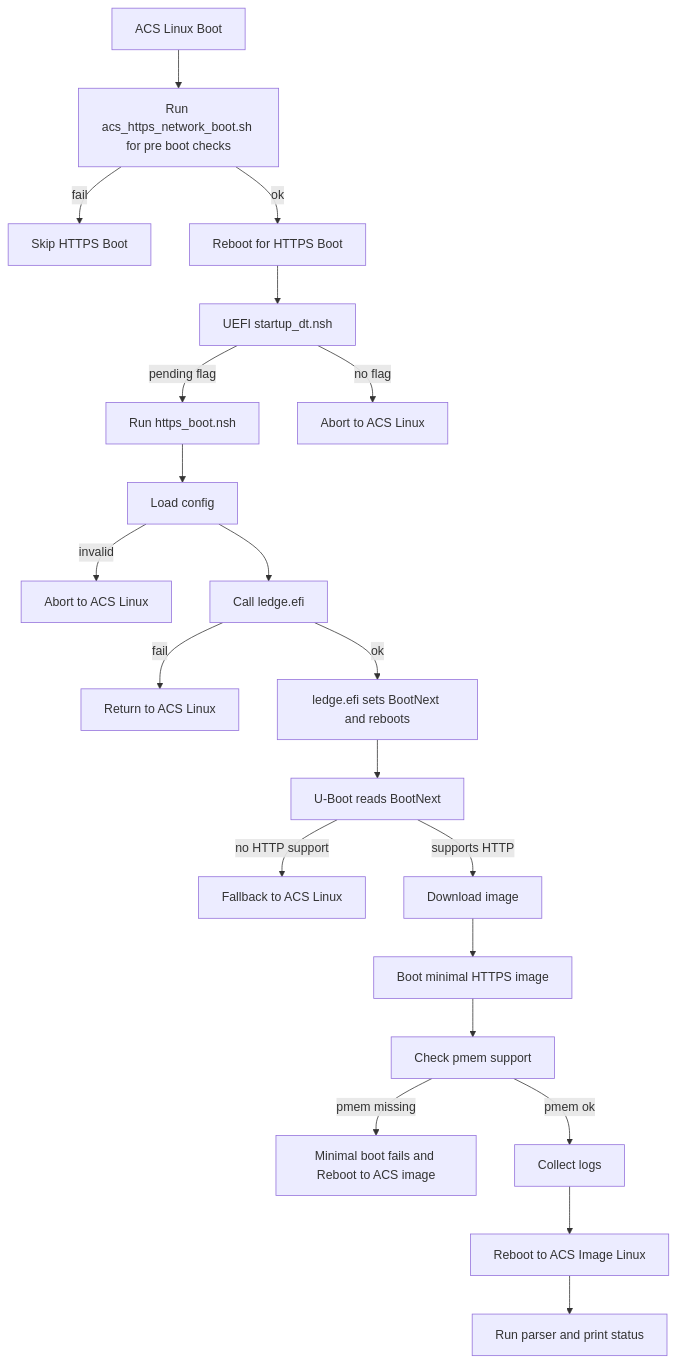
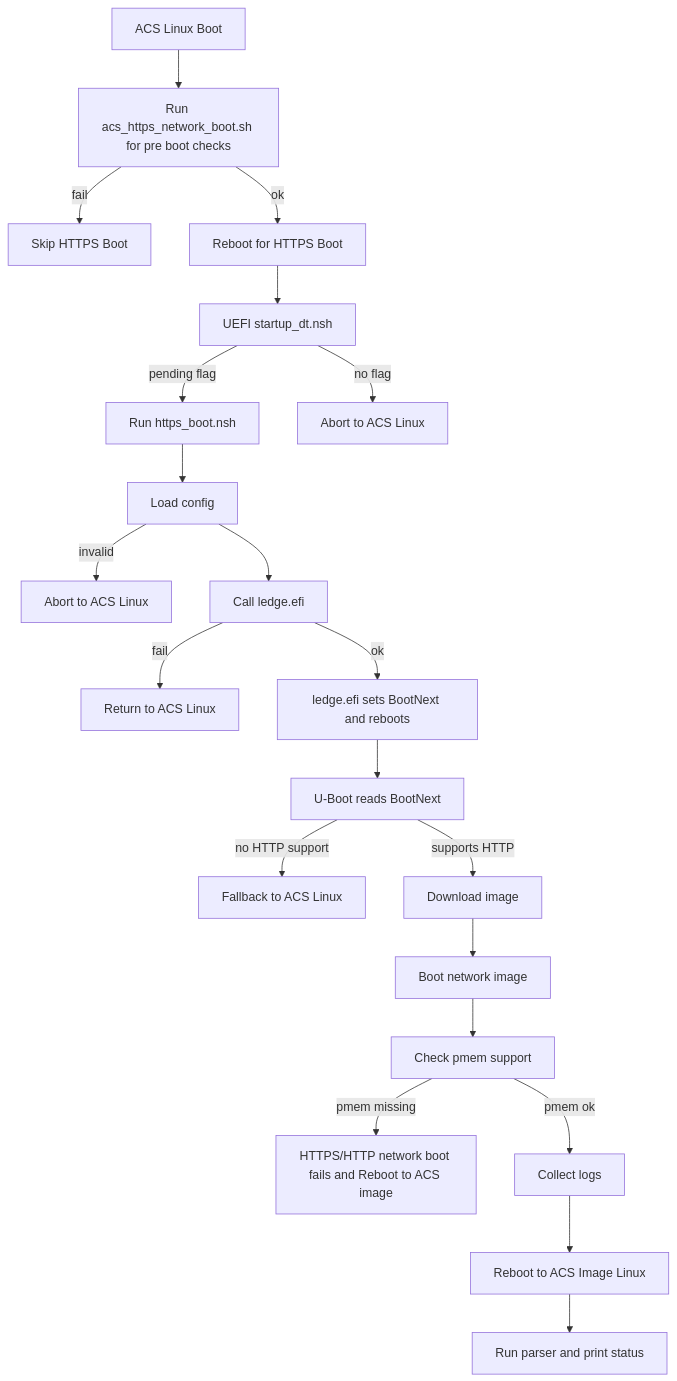
Before and after one commit to manjunath3divakar/arm-systemready: the diagram in docs/network_boot_guide.md, drawn with Mermaid. The commit also changed other lines of this file, not shown here.

Commit message:
Update network boot guide for image references

````diff
--- a/docs/network_boot_guide.md
+++ b/docs/network_boot_guide.md
@@ -75,30 +75,30 @@
 ```mermaid
 flowchart TD
 
     A[ACS Linux Boot] --> B[Run acs_https_network_boot.sh for pre boot checks]
     B -->|fail| X1[Skip HTTPS Boot]
     B -->|ok| C[Reboot for HTTPS Boot]
 
     C --> D[UEFI startup_dt.nsh]
     D -->|pending flag| E[Run https_boot.nsh]
     D -->|no flag| X2[Abort to ACS Linux]
 
     E --> F[Load config]
     F -->|invalid| X3[Abort to ACS Linux]
     F --> G[Call ledge.efi]
 
     G -->|fail| X4[Return to ACS Linux]
     G -->|ok| H[ledge.efi sets BootNext and reboots]
 
     H --> I[U-Boot reads BootNext]
     I -->|no HTTP support| X5[Fallback to ACS Linux]
     I -->|supports HTTP| J[Download image]
 
-    J --> K[Boot minimal HTTPS image]
+    J --> K[Boot network image]
     K --> L[Check pmem support]
-    L -->|pmem missing| X6[Minimal boot fails and Reboot to ACS image]
+    L -->|pmem missing| X6[HTTPS/HTTP network boot fails and Reboot to ACS image]
     L -->|pmem ok| M[Collect logs]
 
     M --> N[Reboot to ACS Image Linux]
     N --> O[Run parser and print status]
 ```
````
